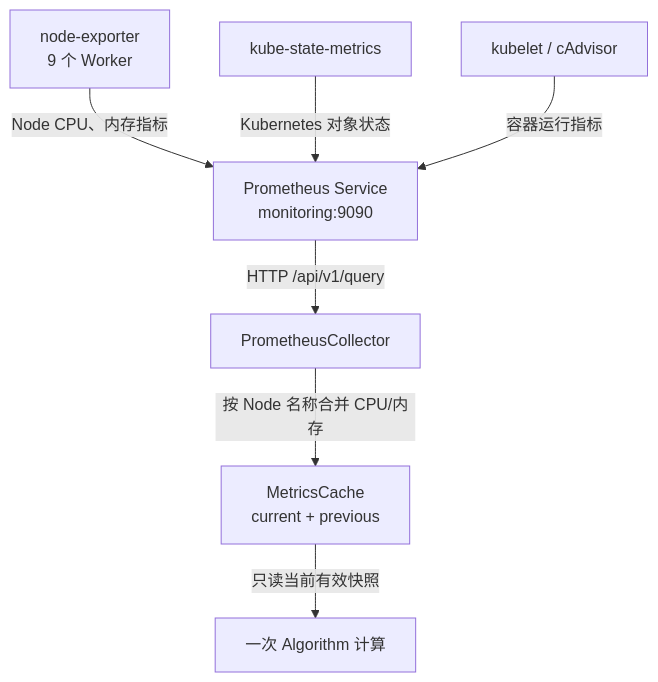
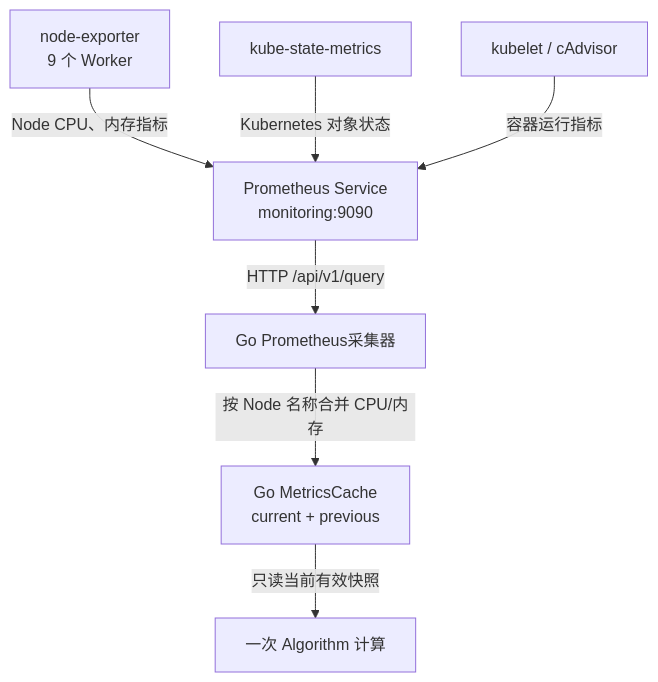
Before and after one commit to ghwdsl-38/ngd-ngg-scheduling: the second of 5 diagrams in docs/代码实现详细流程说明.md, drawn with Mermaid. The commit also changed other lines of this file and 116 other files, not shown here.

````diff
--- a/docs/代码实现详细流程说明.md
+++ b/docs/代码实现详细流程说明.md
@@ -264,17 +266,17 @@
 ```mermaid
 flowchart TB
     NE[node-exporter<br/>9 个 Worker]
     KSM[kube-state-metrics]
     CAD[kubelet / cAdvisor]
     PROM[Prometheus Service<br/>monitoring:9090]
-    COL[PrometheusCollector]
-    CACHE[MetricsCache<br/>current + previous]
+    COL[Go Prometheus采集器]
+    CACHE[Go MetricsCache<br/>current + previous]
     CALC[一次 Algorithm 计算]
 
     NE -->|Node CPU、内存指标| PROM
     KSM -->|Kubernetes 对象状态| PROM
     CAD -->|容器运行指标| PROM
     PROM -->|HTTP /api/v1/query| COL
     COL -->|按 Node 名称合并 CPU/内存| CACHE
     CACHE -->|只读当前有效快照| CALC
 ```
````
